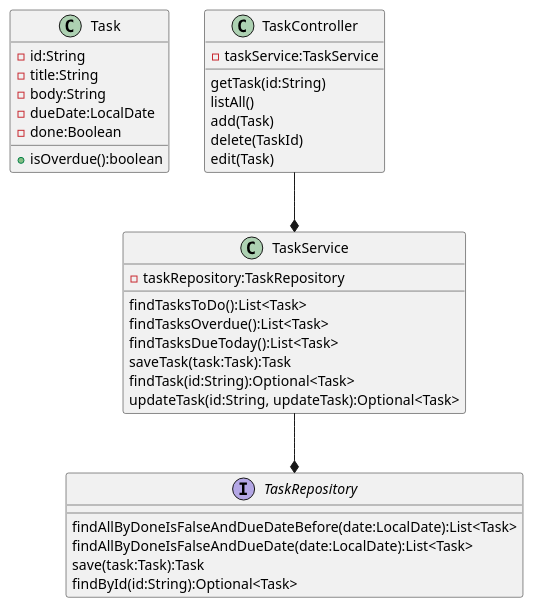
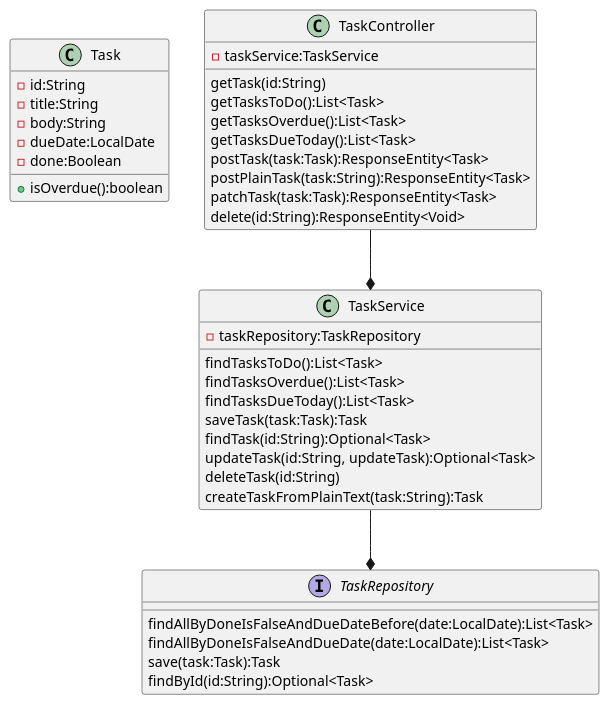
One commit to spockframework/workshop changed the diagram in guide/src/docs/asciidoc/step2.adoc. Above: the diagram before and after it, drawn with PlantUML. The commit also changed other lines of this file and 4 other files, not shown here.

```diff
--- a/guide/src/docs/asciidoc/step2.adoc
+++ b/guide/src/docs/asciidoc/step2.adoc
@@ -17,41 +20,46 @@
 [plantuml, classes, format=svg]
 ....
 class Task {
     -id:String
     -title:String
     -body:String
     -dueDate:LocalDate
     -done:Boolean
 
     +isOverdue():boolean
 }
 
 class TaskController {
     -taskService:TaskService
     getTask(id:String)
-    listAll()
-    add(Task)
-    delete(TaskId)
-    edit(Task)
+    getTasksToDo():List<Task>
+    getTasksOverdue():List<Task>
+    getTasksDueToday():List<Task>
+    postTask(task:Task):ResponseEntity<Task>
+    postPlainTask(task:String):ResponseEntity<Task>
+    patchTask(task:Task):ResponseEntity<Task>
+    delete(id:String):ResponseEntity<Void>
 }
 
 class TaskService {
     -taskRepository:TaskRepository
     findTasksToDo():List<Task>
     findTasksOverdue():List<Task>
     findTasksDueToday():List<Task>
     saveTask(task:Task):Task
     findTask(id:String):Optional<Task>
     updateTask(id:String, updateTask):Optional<Task>
+    deleteTask(id:String)
+    createTaskFromPlainText(task:String):Task
 }
 
 interface TaskRepository {
     findAllByDoneIsFalseAndDueDateBefore(date:LocalDate):List<Task>
     findAllByDoneIsFalseAndDueDate(date:LocalDate):List<Task>
     save(task:Task):Task
     findById(id:String):Optional<Task>
 }
 
 TaskController --* TaskService
 TaskService --* TaskRepository
 ....
```
